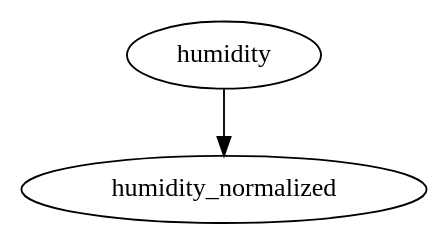
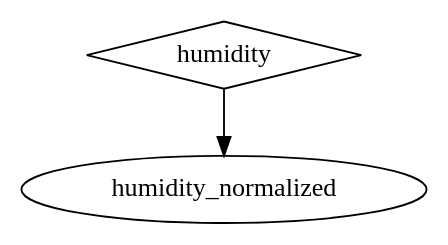
The third of 3 diagrams in docs/examples/home-automation.rst (akaihola/lusmu), drawn with Graphviz before and after one commit. The commit also changed other lines of this file and 3 other files, not shown here.

```diff
--- a/docs/examples/home-automation.rst
+++ b/docs/examples/home-automation.rst
@@ -92,5 +97,6 @@
 .. graphviz::
 
    digraph humidity {
-      "humidity" -> "humidity_normalized";
+      humidity [shape=diamond];
+      humidity -> humidity_normalized;
    }
```
